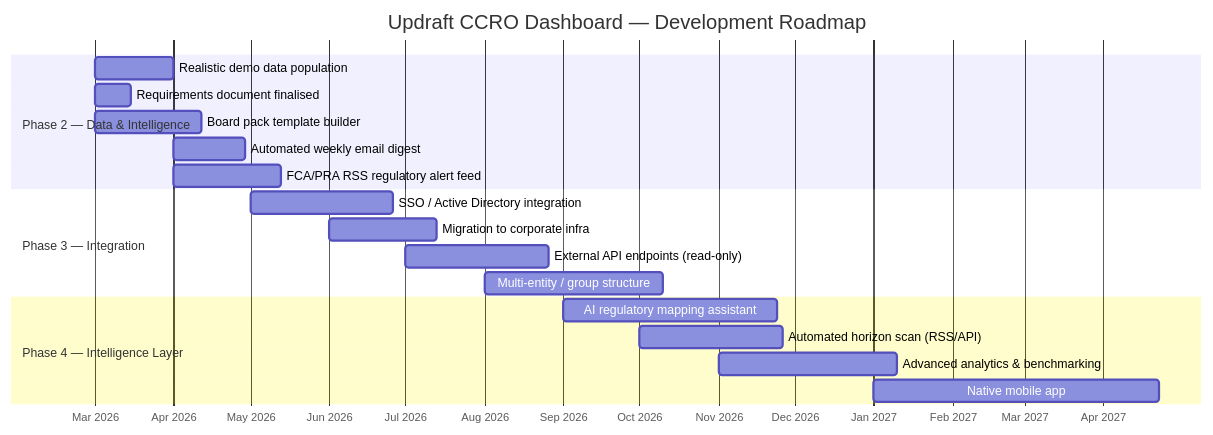
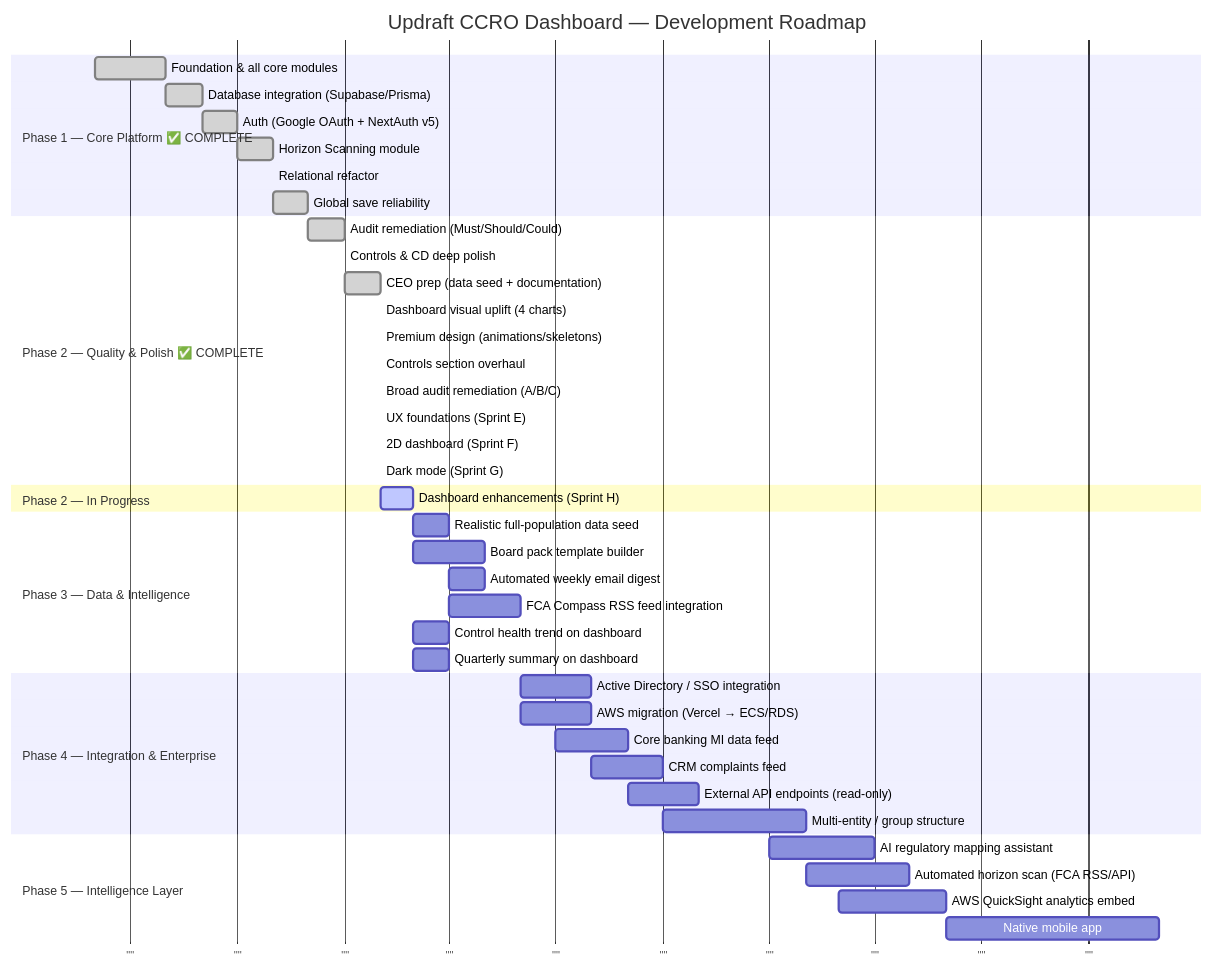
One commit to rob-collab/Dashboard changed the eighth of 8 diagrams in .planning/2. Arcitecture.md. Above: the diagram before and after it, drawn with Mermaid. The commit also changed other lines of this file and 10 other files, not shown here.

First line of the commit message:
Update .planning/ folder: module reference, architecture, methodology, requirements

````diff
--- a/.planning/2. Arcitecture.md
+++ b/.planning/2. Arcitecture.md
@@ -239,25 +403,51 @@
 ```mermaid
 gantt
     title Updraft CCRO Dashboard — Development Roadmap
     dateFormat YYYY-MM
-    axisFormat %b %Y
+    axisFormat ""
 
-    section Phase 2 — Data & Intelligence
-    Realistic demo data population      :2026-03, 1M
-    Requirements document finalised     :2026-03, 2w
-    Board pack template builder         :2026-03, 6w
-    Automated weekly email digest       :2026-04, 4w
-    FCA/PRA RSS regulatory alert feed   :2026-04, 6w
+    section Phase 1 — Core Platform ✅ COMPLETE
+    Foundation & all core modules         :done, p1a, 2025-06, 2025-08
+    Database integration (Supabase/Prisma):done, p1b, 2025-08, 2025-09
+    Auth (Google OAuth + NextAuth v5)     :done, p1c, 2025-09, 2025-10
+    Horizon Scanning module               :done, p1d, 2025-10, 2025-11
+    Relational refactor                   :done, p1e, 2025-11, 2025-11
+    Global save reliability               :done, p1f, 2025-11, 2025-12
 
-    section Phase 3 — Integration
-    SSO / Active Directory integration  :2026-05, 8w
-    Migration to corporate infra        :2026-06, 6w
-    External API endpoints (read-only)  :2026-07, 8w
-    Multi-entity / group structure      :2026-08, 10w
+    section Phase 2 — Quality & Polish ✅ COMPLETE
+    Audit remediation (Must/Should/Could) :done, p2a, 2025-12, 2026-01
+    Controls & CD deep polish             :done, p2b, 2026-01, 2026-01
+    CEO prep (data seed + documentation)  :done, p2c, 2026-01, 2026-02
+    Dashboard visual uplift (4 charts)    :done, p2d, 2026-02, 2026-02
+    Premium design (animations/skeletons) :done, p2e, 2026-02, 2026-02
+    Controls section overhaul             :done, p2f, 2026-02, 2026-02
+    Broad audit remediation (A/B/C)       :done, p2g, 2026-02, 2026-02
+    UX foundations (Sprint E)             :done, p2h, 2026-02, 2026-02
+    2D dashboard (Sprint F)               :done, p2i, 2026-02, 2026-02
+    Dark mode (Sprint G)                  :done, p2j, 2026-02, 2026-02
 
-    section Phase 4 — Intelligence Layer
-    AI regulatory mapping assistant     :2026-09, 12w
-    Automated horizon scan (RSS/API)    :2026-10, 8w
-    Advanced analytics & benchmarking  :2026-11, 10w
-    Native mobile app                   :2027-01, 16w
+    section Phase 2 — In Progress
+    Dashboard enhancements (Sprint H)     :active, p2k, 2026-02, 2026-03
+
+    section Phase 3 — Data & Intelligence
+    Realistic full-population data seed   :p3a, 2026-03, 2026-04
+    Board pack template builder           :p3b, 2026-03, 2026-05
+    Automated weekly email digest         :p3c, 2026-04, 2026-05
+    FCA Compass RSS feed integration      :p3d, 2026-04, 2026-06
+    Control health trend on dashboard     :p3e, 2026-03, 2026-04
+    Quarterly summary on dashboard        :p3f, 2026-03, 2026-04
+
+    section Phase 4 — Integration & Enterprise
+    Active Directory / SSO integration    :p4a, 2026-06, 2026-08
+    AWS migration (Vercel → ECS/RDS)      :p4b, 2026-06, 2026-08
+    Core banking MI data feed             :p4c, 2026-07, 2026-09
+    CRM complaints feed                   :p4d, 2026-08, 2026-10
+    External API endpoints (read-only)    :p4e, 2026-09, 2026-11
+    Multi-entity / group structure        :p4f, 2026-10, 2027-02
+
+    section Phase 5 — Intelligence Layer
+    AI regulatory mapping assistant       :p5a, 2027-01, 2027-04
+    Automated horizon scan (FCA RSS/API)  :p5b, 2027-02, 2027-05
+    AWS QuickSight analytics embed        :p5c, 2027-03, 2027-06
+    Native mobile app                     :p5d, 2027-06, 2027-12
 ```
````
